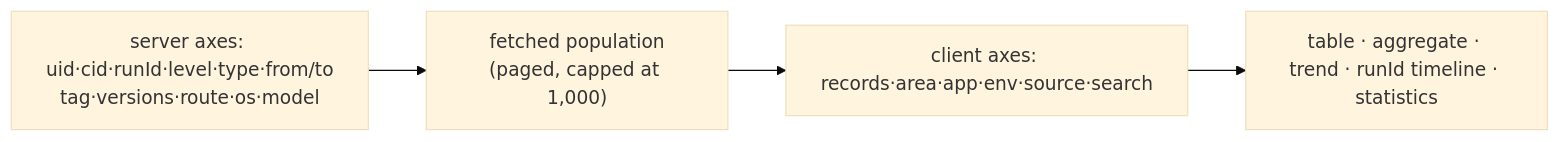
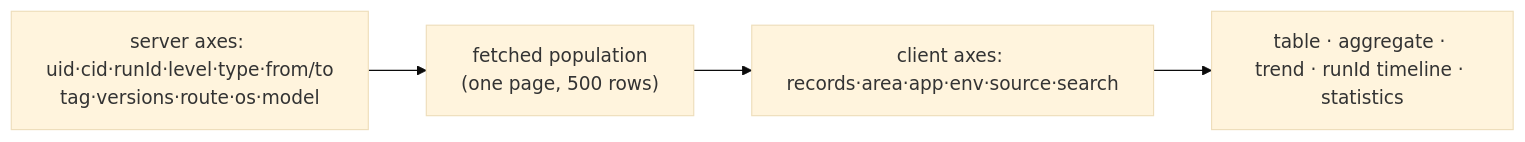
The diagram in apps/admin-v2/docs/report-logs/README.md (lemoncloud-io/dou-app), drawn with Mermaid (base theme) before and after one commit. The commit also changed other lines of this file and 75 other files, not shown here.

````diff
--- a/apps/admin-v2/docs/report-logs/README.md
+++ b/apps/admin-v2/docs/report-logs/README.md
@@ -131,6 +248,6 @@
 ```mermaid
 flowchart LR
-    Server["server axes: uid·cid·runId·level·type·from/to<br/>tag·versions·route·os·model"] --> Corpus["fetched population<br/>(paged, capped at 1,000)"]
+    Server["server axes: uid·cid·runId·level·type·from/to<br/>tag·versions·route·os·model"] --> Corpus["fetched population<br/>(one page, 500 rows)"]
     Corpus --> Client["client axes: records·area·app·env·source·search"]
     Client --> Views["table · aggregate · trend · runId timeline · statistics"]
 ```
````
